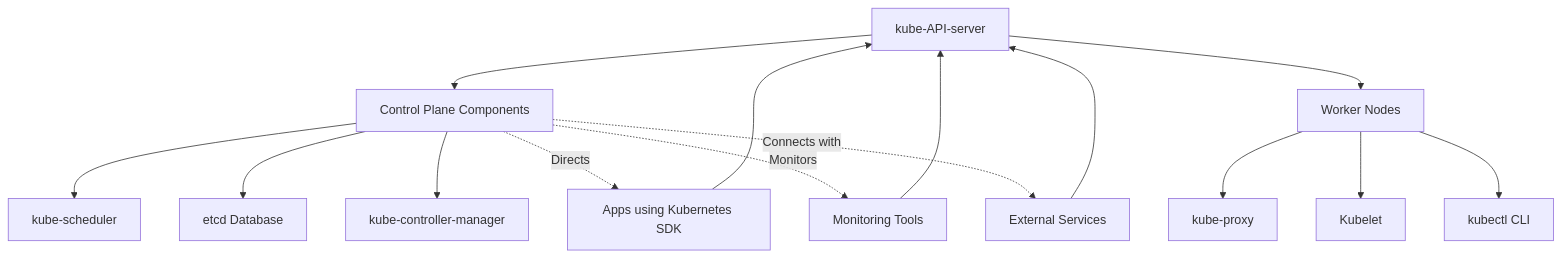
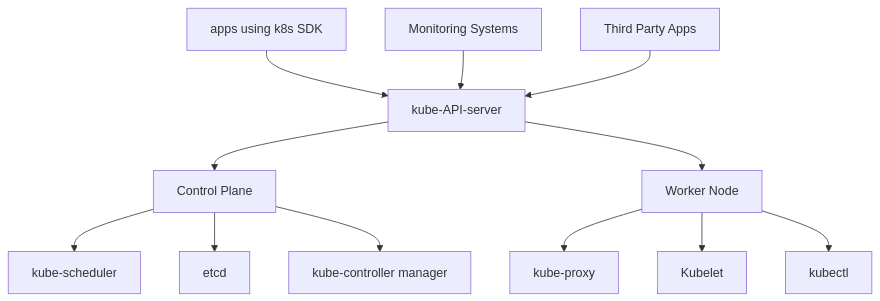
The first of 2 diagrams in Architecture_Overview.md (007chiragshah/tucana), drawn with Mermaid before and after one commit.

````diff
--- a/Architecture_Overview.md
+++ b/Architecture_Overview.md
@@ -20,20 +20,17 @@
   ```mermaid 
   graph TD
-    A[kube-API-server] --> B[Control Plane Components]
+    A[kube-API-server] --> B[Control Plane]
     B --> C[kube-scheduler]
-    B --> D[etcd Database]
-    B --> E[kube-controller-manager]
+    B --> D[etcd]
+    B --> E[kube-controller manager]
 
-    A --> F[Worker Nodes]
-    F --> G[kube-proxy]
+    F[Worker Node] --> G[kube-proxy]
     F --> H[Kubelet]
-    F --> I[kubectl CLI]
+    F --> I[kubectl]
 
-    J[Apps using Kubernetes SDK] --> A
-    K[Monitoring Tools] --> A
-    L[External Services] --> A
+    A --> F
+    J[apps using k8s SDK] --> A
+    K[Monitoring Systems] --> A
+    L[Third Party Apps] --> A
 
-    B -.->|Directs| J
-    B -.->|Monitors| K
-    B -.->|Connects with| L
   ```
````
